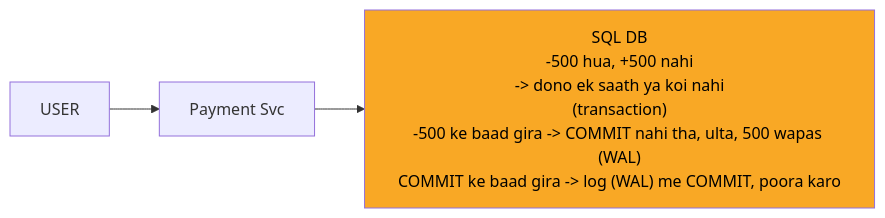
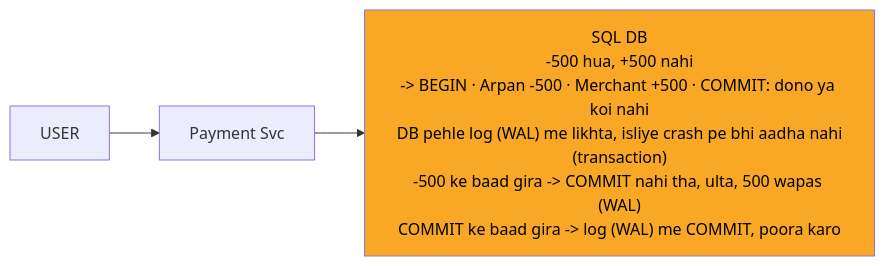
One commit to ArpanMaheshwari144/Prep changed the second of 12 diagrams in 04_HLD/SYSTEM_DESIGNS/06_payment_system/06_payment_system.md. Above: the diagram before and after it, drawn with Mermaid. The commit also changed other lines of this file and 13 other files, not shown here.

````diff
--- a/04_HLD/SYSTEM_DESIGNS/06_payment_system/06_payment_system.md
+++ b/04_HLD/SYSTEM_DESIGNS/06_payment_system/06_payment_system.md
@@ -130,10 +134,10 @@
 ```mermaid
 %%{init: {"flowchart": {"wrappingWidth": 450}}}%%
 flowchart LR
     n_USER["USER"]
     n_Payment_Svc["Payment Svc"]
-    n_DB["SQL DB<br/>-500 hua, +500 nahi<br/>-> dono ek saath ya koi nahi<br/>(transaction)<br/>-500 ke baad gira -> COMMIT nahi tha, ulta, 500 wapas (WAL)<br/>COMMIT ke baad gira -> log (WAL) me COMMIT, poora karo"]
+    n_DB["SQL DB<br/>-500 hua, +500 nahi<br/>-> BEGIN · Arpan -500 · Merchant +500 · COMMIT: dono ya koi nahi<br/>DB pehle log (WAL) me likhta, isliye crash pe bhi aadha nahi<br/>(transaction)<br/>-500 ke baad gira -> COMMIT nahi tha, ulta, 500 wapas (WAL)<br/>COMMIT ke baad gira -> log (WAL) me COMMIT, poora karo"]
     n_USER --> n_Payment_Svc
     n_Payment_Svc --> n_DB
     style n_DB fill:#f9a825,color:#000
 ```
````
